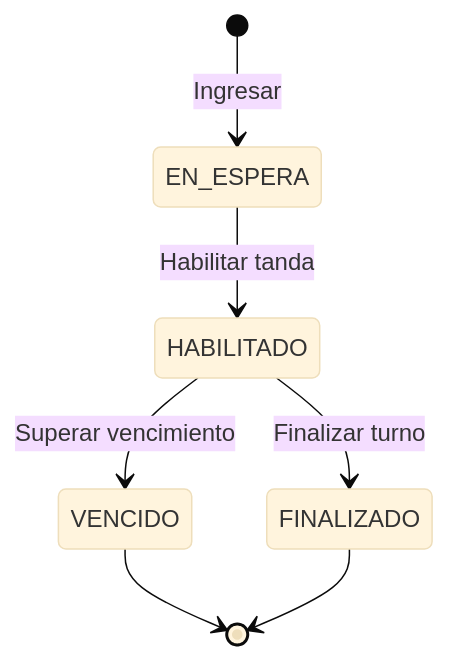
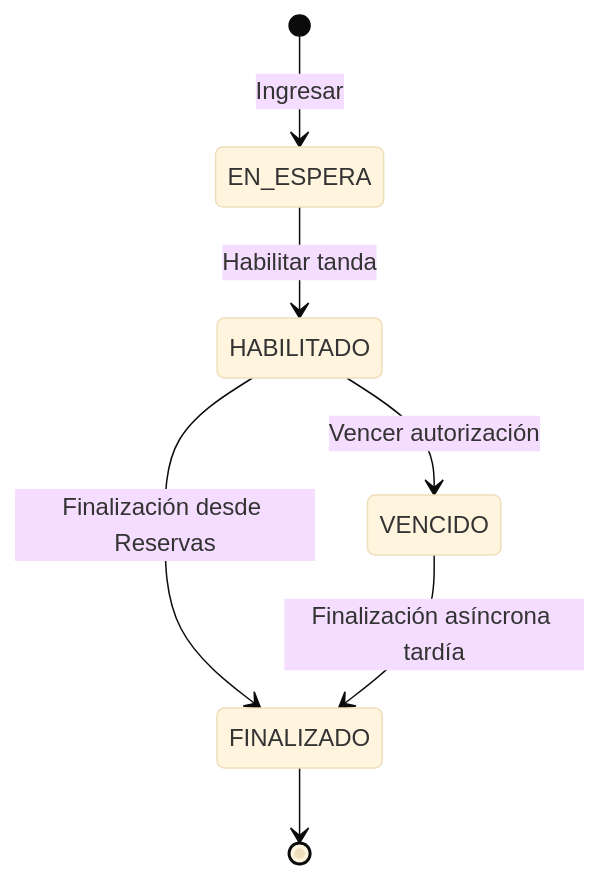
The fourth of 5 diagrams in TPE-micro2/msvc-fila-virtual/docs/02-ARQUITECTURA-Y-DIAGRAMAS.md (LuliDiNucci/arquitecturasGrupo12), drawn with Mermaid (base theme) before and after one commit. The commit also changed other lines of this file and 53 other files, not shown here.

````diff
--- a/TPE-micro2/msvc-fila-virtual/docs/02-ARQUITECTURA-Y-DIAGRAMAS.md
+++ b/TPE-micro2/msvc-fila-virtual/docs/02-ARQUITECTURA-Y-DIAGRAMAS.md
@@ -189,9 +203,9 @@
 ```mermaid
 stateDiagram-v2
     [*] --> EN_ESPERA: Ingresar
     EN_ESPERA --> HABILITADO: Habilitar tanda
-    HABILITADO --> VENCIDO: Superar vencimiento
-    HABILITADO --> FINALIZADO: Finalizar turno
-    VENCIDO --> [*]
+    HABILITADO --> VENCIDO: Vencer autorización
+    HABILITADO --> FINALIZADO: Finalización desde Reservas
+    VENCIDO --> FINALIZADO: Finalización asíncrona tardía
     FINALIZADO --> [*]
 ```
````
